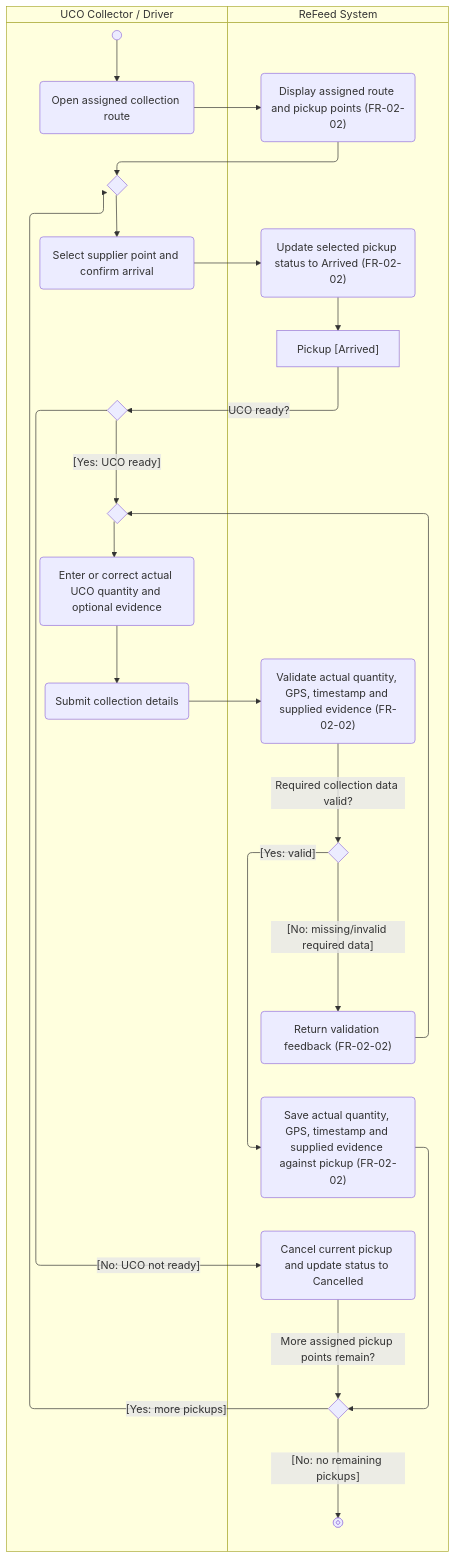
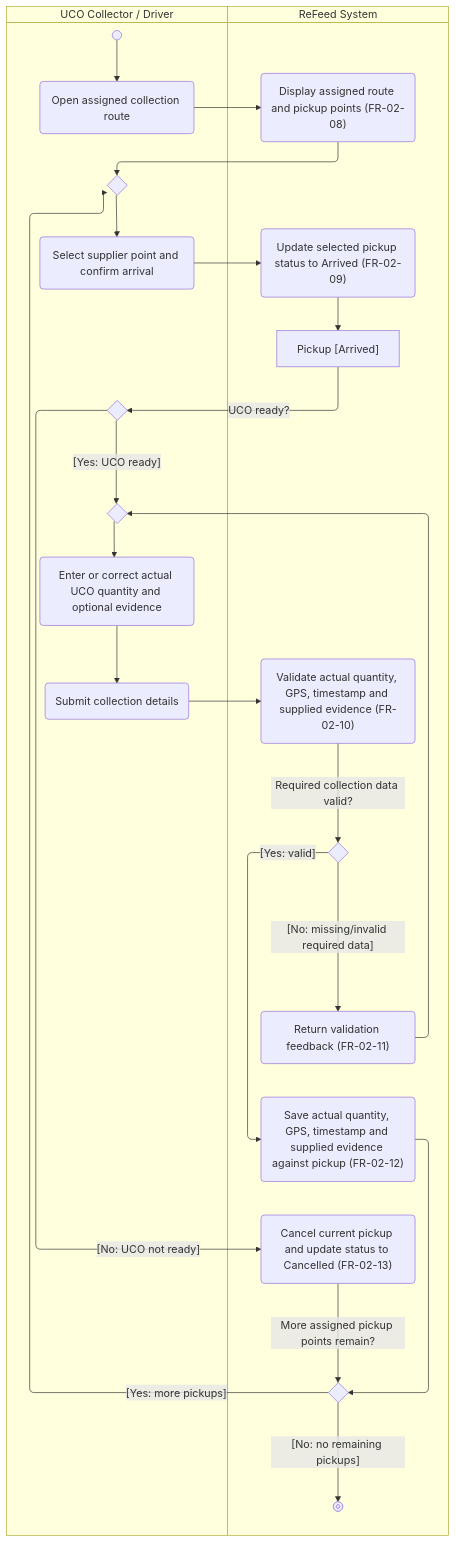
The diagram in docs/activity/AD-UC-06.md (thuyvicbh-alt/DBIZ2---GROUP-D), drawn with Mermaid before and after one commit. The commit also changed other lines of this file, not shown here.

````diff
--- a/docs/activity/AD-UC-06.md
+++ b/docs/activity/AD-UC-06.md
@@ -24,42 +24,42 @@
 ```mermaid
 swimlane-beta TB
   subgraph ACT["UCO Collector / Driver"]
     start@{ shape: sm-circ }
     a1("Open assigned collection route")
     m2{" "}
     a2("Select supplier point and confirm arrival")
     d0{" "}
     m1{" "}
     a3("Enter or correct actual UCO quantity and optional evidence")
     a4("Submit collection details")
   end
 
   subgraph SYS["ReFeed System"]
-    s1("Display assigned route and pickup points (FR-02-02)")
-    s2("Update selected pickup status to Arrived (FR-02-02)")
+    s1("Display assigned route and pickup points (FR-02-08)")
+    s2("Update selected pickup status to Arrived (FR-02-09)")
     o1["Pickup [Arrived]"]
-    s3("Validate actual quantity, GPS, timestamp and supplied evidence (FR-02-02)")
+    s3("Validate actual quantity, GPS, timestamp and supplied evidence (FR-02-10)")
     d1{" "}
-    s4("Return validation feedback (FR-02-02)")
-    s5("Save actual quantity, GPS, timestamp and supplied evidence against pickup (FR-02-02)")
-    s6("Cancel current pickup and update status to Cancelled")
+    s4("Return validation feedback (FR-02-11)")
+    s5("Save actual quantity, GPS, timestamp and supplied evidence against pickup (FR-02-12)")
+    s6("Cancel current pickup and update status to Cancelled (FR-02-13)")
     d2{" "}
     stop1@{ shape: fr-circ }
   end
 
   start --> a1 --> s1 --> m2 --> a2 --> s2 --> o1
   o1 -->|UCO ready?| d0
   d0 -->|"[Yes: UCO ready]"| m1
   m1 --> a3 --> a4 --> s3
   s3 -->|Required collection data valid?| d1
 
   d0 -->|"[No: UCO not ready]"| s6
   s6 -->|More assigned pickup points remain?| d2
 
   d1 -->|"[Yes: valid]"| s5
   s5 --> d2
   d1 -->|"[No: missing/invalid required data]"| s4 --> m1
 
   d2 -->|"[Yes: more pickups]"| m2
   d2 -->|"[No: no remaining pickups]"| stop1
 ```
````
